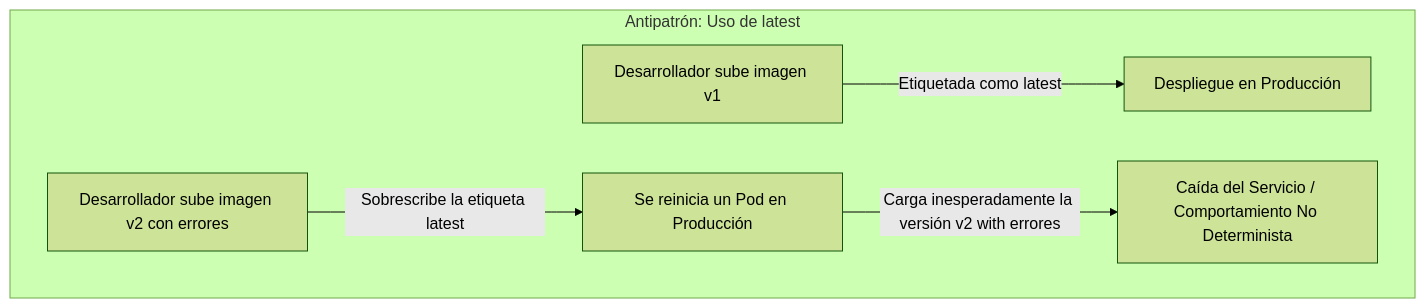
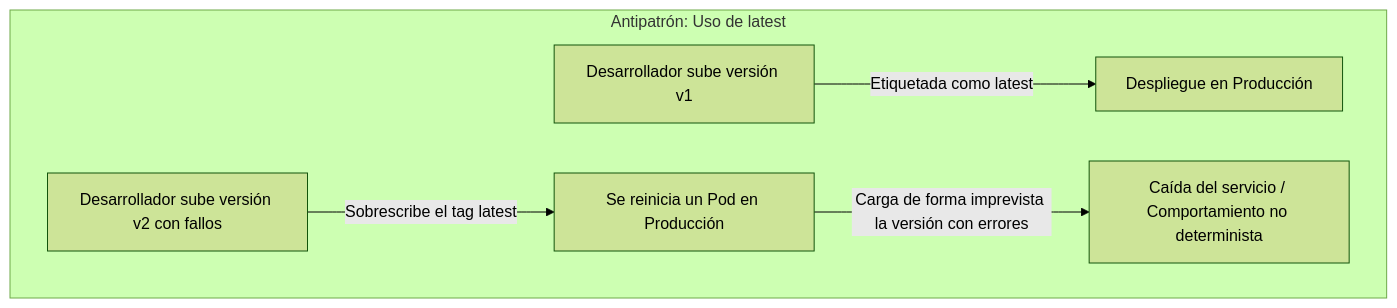
One commit to ieftraining/curso-openshift changed the fourth of 7 diagrams in docs/sesion4/4.4 Registro, gestión y seguridad de imágenes.md. Above: the diagram before and after it, drawn with Mermaid (forest theme). The commit also changed other lines of this file, not shown here.

````diff
--- a/docs/sesion4/4.4 Registro, gestión y seguridad de imágenes.md
+++ b/docs/sesion4/4.4 Registro, gestión y seguridad de imágenes.md
@@ -103,8 +98,8 @@
 ```mermaid
 flowchart TD
     subgraph Antipatrón: Uso de latest
-        A[Desarrollador sube imagen v1] -->|Etiquetada como latest| B[Despliegue en Producción]
-        C[Desarrollador sube imagen v2 con errores] -->|Sobrescribe la etiqueta latest| D[Se reinicia un Pod en Producción]
-        D -->|Carga inesperadamente la versión v2 with errores| E[Caída del Servicio / Comportamiento No Determinista]
+        A[Desarrollador sube versión v1] -->|Etiquetada como latest| B[Despliegue en Producción]
+        C[Desarrollador sube versión v2 con fallos] -->|Sobrescribe el tag latest| D[Se reinicia un Pod en Producción]
+        D -->|Carga de forma imprevista la versión con errores| E[Caída del servicio / Comportamiento no determinista]
     end
 ```
````
